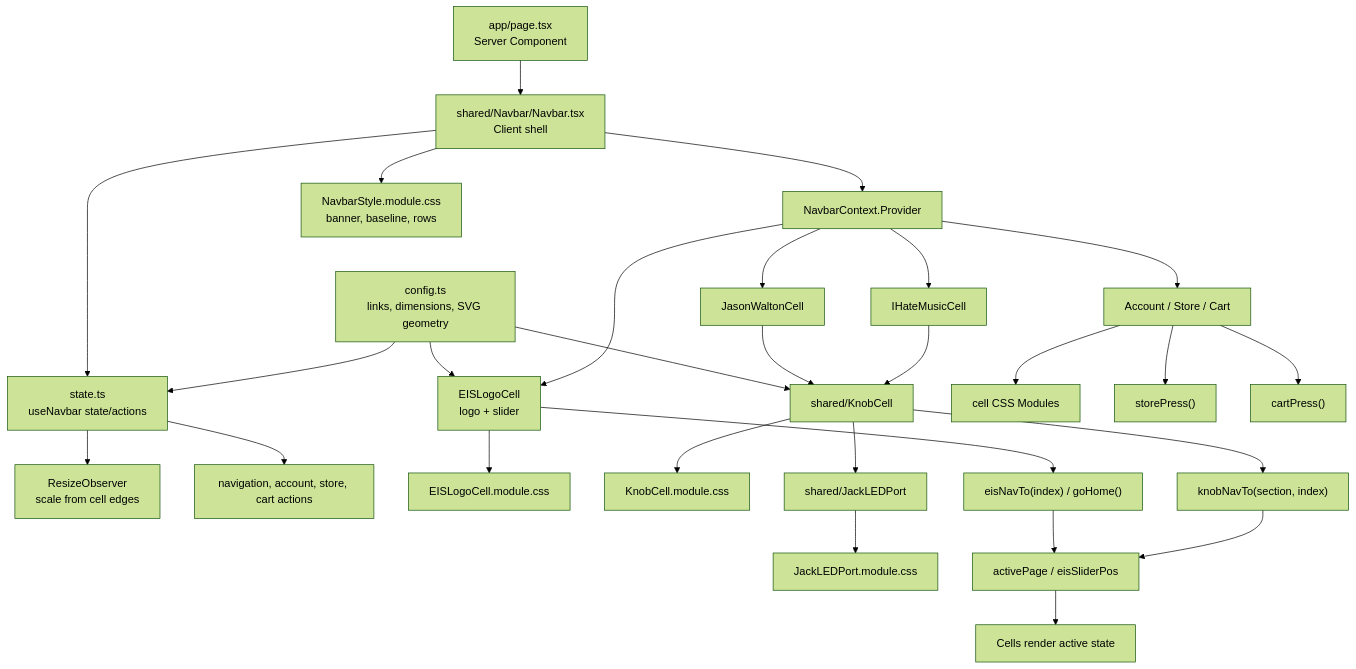
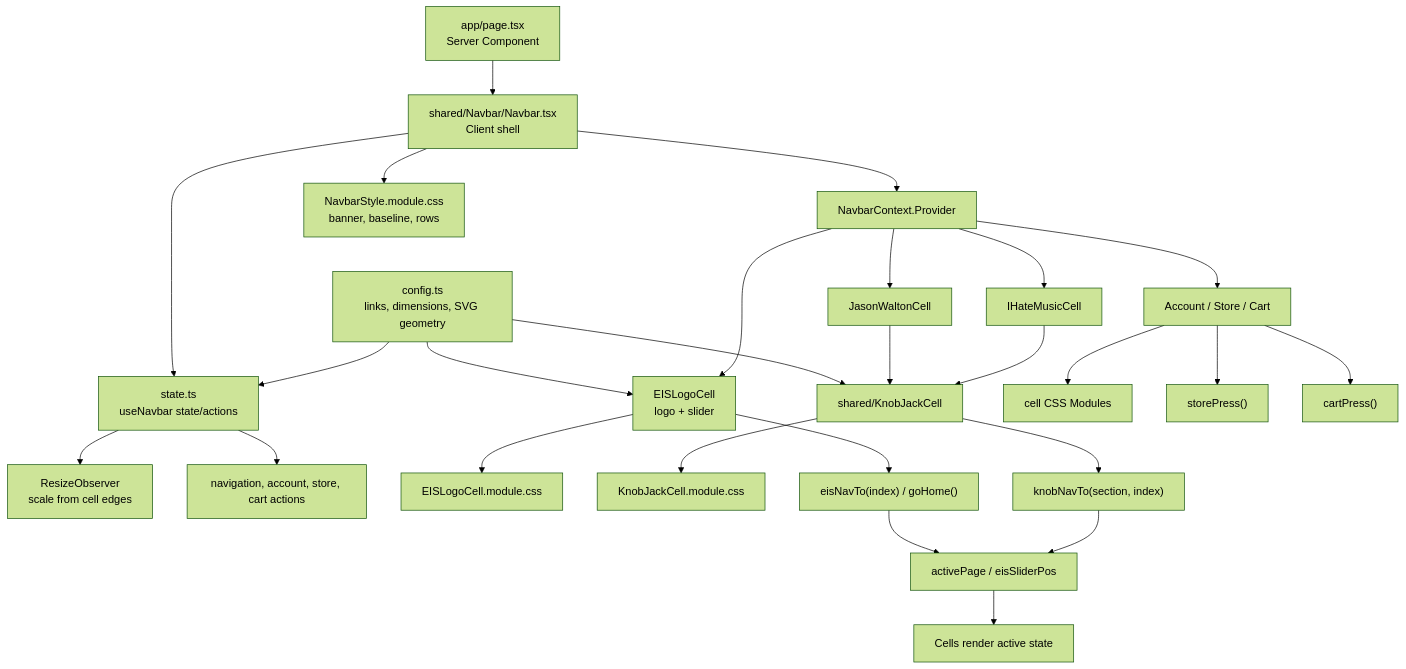
Before and after one commit to bucketb0t/Earth_In_Sound: the diagram in PROJECT_ARCHITECTURE.md, drawn with Mermaid (forest theme). The commit also changed other lines of this file and 62 other files, not shown here.

````diff
--- a/PROJECT_ARCHITECTURE.md
+++ b/PROJECT_ARCHITECTURE.md
@@ -155,34 +155,32 @@
 ```mermaid
 flowchart TD
   Page["app/page.tsx<br/>Server Component"] --> Navbar["shared/Navbar/Navbar.tsx<br/>Client shell"]
   Navbar --> Provider["NavbarContext.Provider"]
   Navbar --> ShellCSS["NavbarStyle.module.css<br/>banner, baseline, rows"]
   Navbar --> State["state.ts<br/>useNavbar state/actions"]
   State --> Measure["ResizeObserver<br/>scale from cell edges"]
   State --> Actions["navigation, account, store, cart actions"]
   Config["config.ts<br/>links, dimensions, SVG geometry"] --> State
   Config --> EIS
   Config --> Knob
 
   Provider --> EIS["EISLogoCell<br/>logo + slider"]
   Provider --> JW["JasonWaltonCell"]
   Provider --> IHM["IHateMusicCell"]
   Provider --> Utility["Account / Store / Cart"]
 
   EIS --> EISCSS["EISLogoCell.module.css"]
-  JW --> Knob["shared/KnobCell"]
+  JW --> Knob["shared/KnobJackCell"]
   IHM --> Knob
-  Knob --> KnobCSS["KnobCell.module.css"]
-  Knob --> Jack["shared/JackLEDPort"]
-  Jack --> JackCSS["JackLEDPort.module.css"]
+  Knob --> KnobCSS["KnobJackCell.module.css"]
   Utility --> UtilityCSS["cell CSS Modules"]
 
   EIS --> EISNav["eisNavTo(index) / goHome()"]
   Knob --> KnobNav["knobNavTo(section, index)"]
   Utility --> Store["storePress()"]
   Utility --> Cart["cartPress()"]
 
   EISNav --> Active["activePage / eisSliderPos"]
   KnobNav --> Active
   Active --> Render["Cells render active state"]
 ```
````
